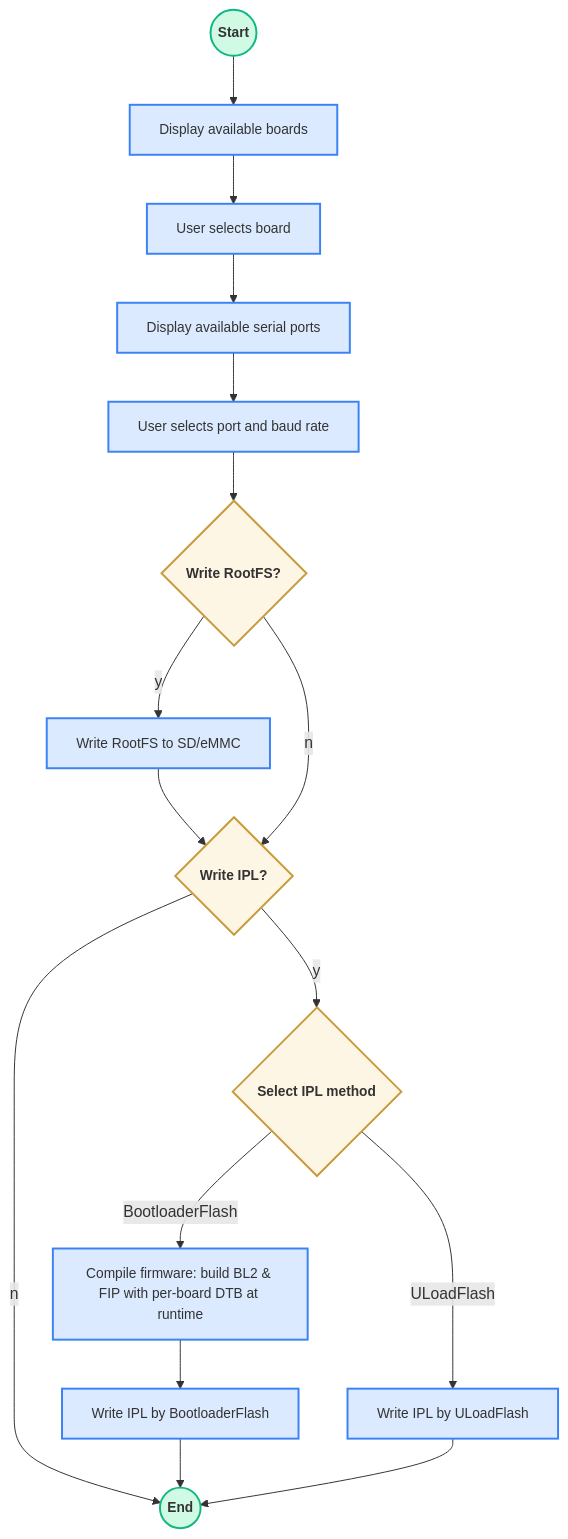
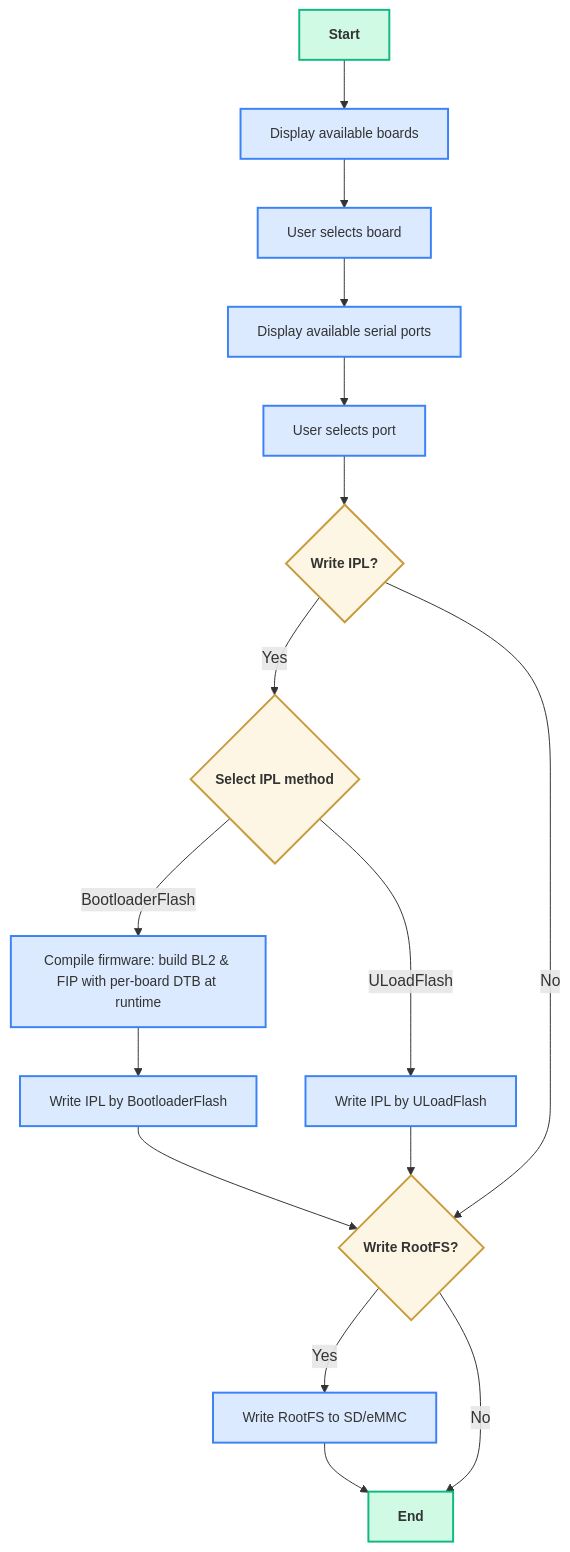
One commit to Renesas-SST/rz-utils changed the second of 2 diagrams in universal-scripts/host/tools/README.md. Above: the diagram before and after it, drawn with Mermaid. The commit also changed other lines of this file and 24 other files, not shown here.

````diff
--- a/universal-scripts/host/tools/README.md
+++ b/universal-scripts/host/tools/README.md
@@ -275,26 +289,26 @@
 ```mermaid
 flowchart TD
-    classDef default fill:#f0f4f8,stroke:#333,stroke-width:1px,font-size:14px
-    classDef decision fill:#fef6e4,stroke:#c89b3c,stroke-width:2px,font-weight:bold
-    classDef action fill:#dbeafe,stroke:#3b82f6,stroke-width:2px
-    classDef terminal fill:#d1fae5,stroke:#10b981,stroke-width:2px,font-weight:bold
+  classDef default fill:#f0f4f8,stroke:#333,stroke-width:1px,font-size:14px
+  classDef decision fill:#fef6e4,stroke:#c89b3c,stroke-width:2px,font-weight:bold
+  classDef action fill:#dbeafe,stroke:#3b82f6,stroke-width:2px
+  classDef terminal fill:#d1fae5,stroke:#10b981,stroke-width:2px,font-weight:bold
 
-    A((Start)):::terminal --> B[Display available boards]:::action
-    B --> C[User selects board]:::action
-    C --> D[Display available serial ports]:::action
-    D --> E[User selects port and baud rate]:::action
+  A[Start]:::terminal --> B[Display available boards]:::action
+  B --> C[User selects board]:::action
+  C --> D[Display available serial ports]:::action
+  D --> E[User selects port]:::action
 
-    E --> F{Write RootFS?}:::decision
-    F -->|y| FR[Write RootFS to SD/eMMC]:::action
-    FR --> G{Write IPL?}:::decision
-    F -->|n| G{Write IPL?}:::decision
+  E --> G{"Write IPL?"}:::decision
+  G -->|Yes| H{"Select IPL method"}:::decision
+  H -->|BootloaderFlash| M[Compile firmware: build BL2 & FIP with per-board DTB at runtime]:::action
+  M --> J[Write IPL by BootloaderFlash]:::action
+  H -->|ULoadFlash| K[Write IPL by ULoadFlash]:::action
 
-    G -->|y| H{Select IPL method}:::decision
-    H -->|BootloaderFlash| M[Compile firmware: build BL2 & FIP with per-board DTB at runtime]:::action
-    M --> J[Write IPL by BootloaderFlash]:::action
-    H -->|ULoadFlash| K[Write IPL by ULoadFlash]:::action
+  J --> F{"Write RootFS?"}:::decision
+  K --> F{"Write RootFS?"}:::decision
+  G -->|No| F{"Write RootFS?"}:::decision
 
-    G -->|n| L((End)):::terminal
-    J --> L
-    K --> L
+  F -->|Yes| FR[Write RootFS to SD/eMMC]:::action
+  FR --> L[End]:::terminal
+  F -->|No| L[End]:::terminal
 ```
````
